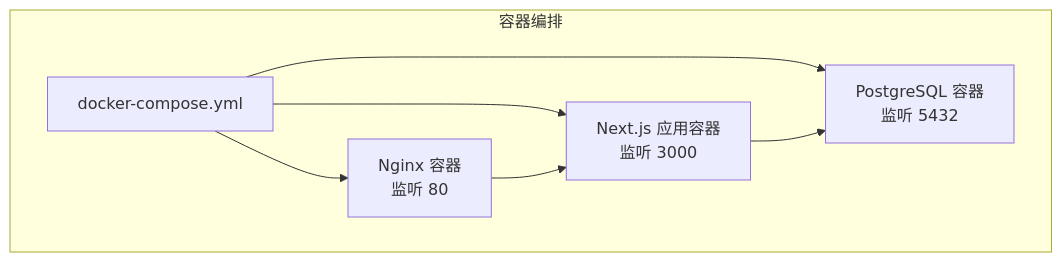
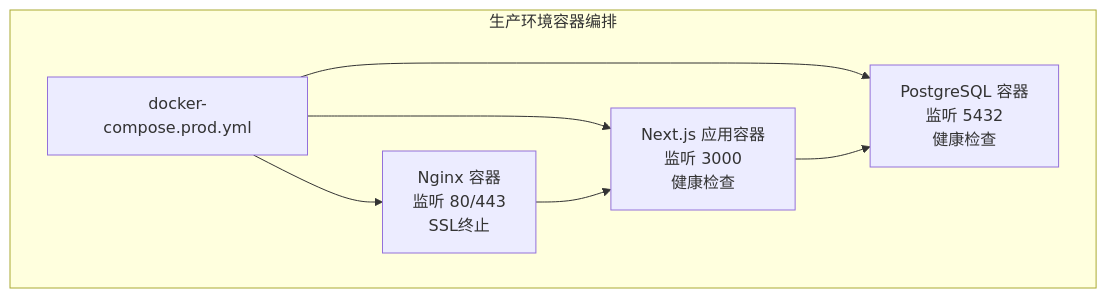
The first of 3 diagrams in .qoder/repowiki/zh/content/部署配置/部署配置.md (three3638-arch/celestia_2b), drawn with Mermaid before and after one commit. The commit also changed other lines of this file and 17 other files, not shown here.

````diff
--- a/.qoder/repowiki/zh/content/部署配置/部署配置.md
+++ b/.qoder/repowiki/zh/content/部署配置/部署配置.md
@@ -37,14 +51,14 @@
 ```mermaid
 graph TB
-subgraph "容器编排"
-DC["docker-compose.yml"]
-NGINX["Nginx 容器<br/>监听 80"]
-APP["Next.js 应用容器<br/>监听 3000"]
-DB["PostgreSQL 容器<br/>监听 5432"]
+subgraph "生产环境容器编排"
+DCP["docker-compose.prod.yml"]
+APP["Next.js 应用容器<br/>监听 3000<br/>健康检查"]
+DB["PostgreSQL 容器<br/>监听 5432<br/>健康检查"]
+NGINX["Nginx 容器<br/>监听 80/443<br/>SSL终止"]
 end
-DC --> NGINX
-DC --> APP
-DC --> DB
+DCP --> APP
+DCP --> DB
+DCP --> NGINX
 NGINX --> APP
 APP --> DB
 ```
````
